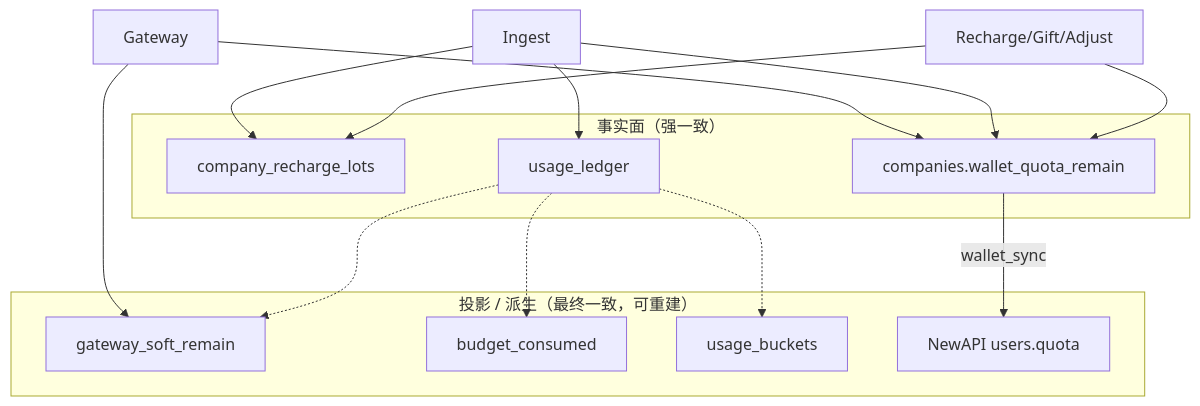
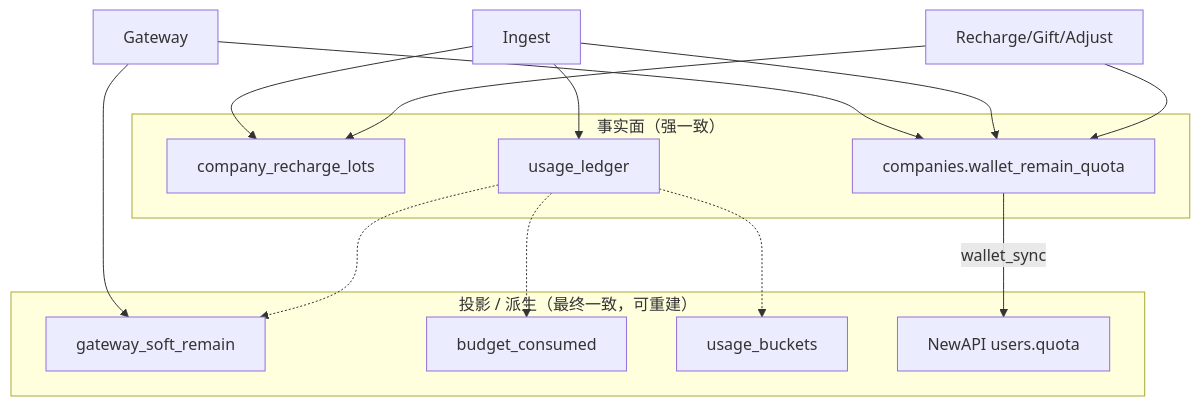
Before and after one commit to quyip8818/mytokenjoy: the second of 6 diagrams in docs/Backend-计费模式.md, drawn with Mermaid. The commit also changed other lines of this file and 49 other files, not shown here.

Commit message:
rename wallet_remain

````diff
--- a/docs/Backend-计费模式.md
+++ b/docs/Backend-计费模式.md
@@ -80,25 +80,25 @@
 ```mermaid
 flowchart TB
   subgraph SSOT["事实面（强一致）"]
     LOT[company_recharge_lots]
     LED[usage_ledger]
-    BP[companies.wallet_quota_remain]
+    BP[companies.wallet_remain_quota]
   end
   subgraph Derived["投影 / 派生（最终一致，可重建）"]
     Soft[gateway_soft_remain]
     SN[budget_consumed]
     BK[usage_buckets]
     NA[NewAPI users.quota]
   end
   RCH[Recharge/Gift/Adjust] --> LOT
   RCH --> BP
   ING[Ingest] --> LOT
   ING --> LED
   ING --> BP
   LED -.-> Soft
   LED -.-> SN
   LED -.-> BK
   BP -->|wallet_sync| NA
   GW[Gateway] --> BP
   GW --> Soft
 ```
````
